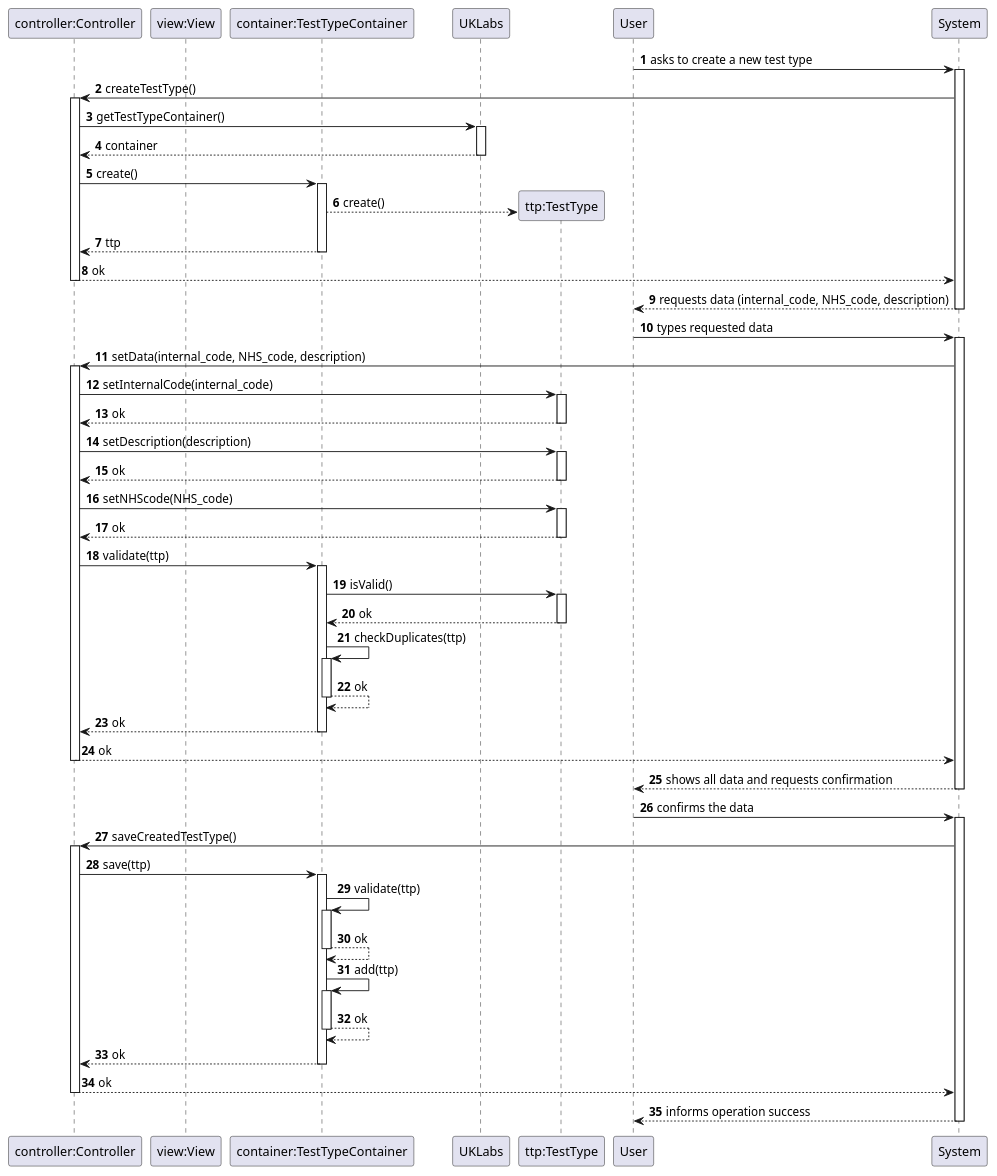
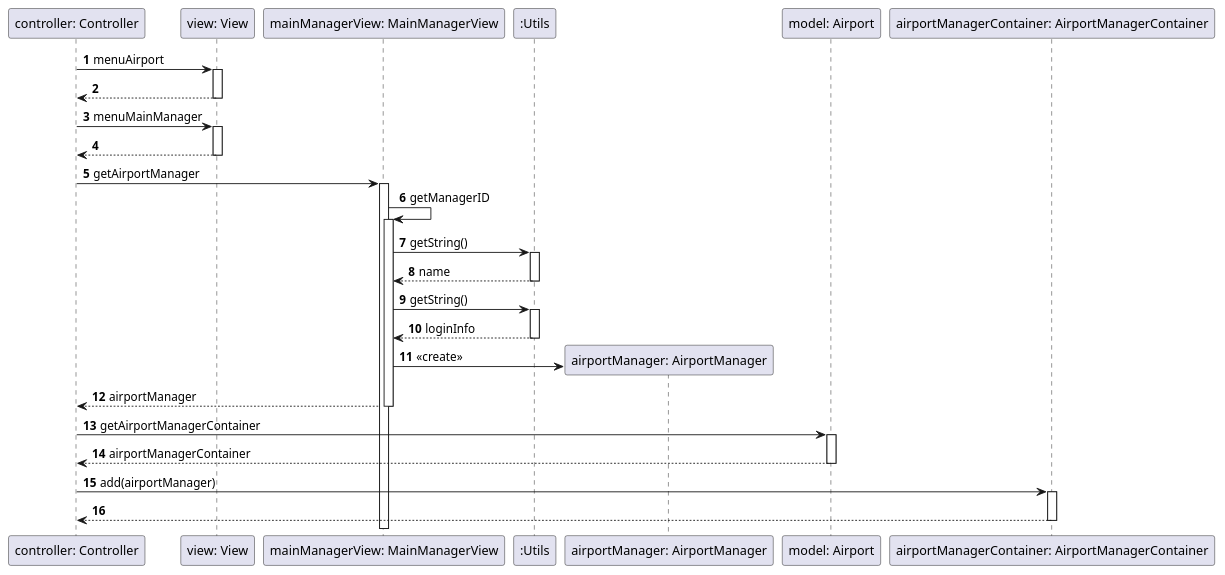
Before and after one commit to GCosta17/fsoft23: the diagram in SchoolApplication/Global Artifacts/SD/SD1_Create_Airport_Manager.puml, drawn with PlantUML.

```diff
--- a/SchoolApplication/Global Artifacts/SD/SD1_Create_Airport_Manager.puml
+++ b/SchoolApplication/Global Artifacts/SD/SD1_Create_Airport_Manager.puml
@@ -1,55 +1,36 @@
 @startuml
 
 autoactivate on
 autonumber
 
 
-participant "controller:Controller" as Ctrl
-participant "view:View" as View
-
-participant "container:TestTypeContainer" as Container
-participant "UKLabs" as UKLabs
-participant "ttp:TestType" as TestType
+participant "controller: Controller" as Ctrl
+participant "view: View" as View
+participant "mainManagerView: MainManagerView" as MainManagerView
+participant ":Utils" as Utils
+participant "airportManager: AirportManager" as AirportManager
+participant "model: Airport" as Airport
+participant "airportManagerContainer: AirportManagerContainer" as Container
 
 
+Ctrl -> View: menuAirport
+View --> Ctrl
+Ctrl -> View: menuMainManager
+View --> Ctrl
 
+Ctrl -> MainManagerView: getAirportManager
+MainManagerView -> MainManagerView: getManagerID
+MainManagerView -> Utils: getString()
+Utils --> MainManagerView: name
+MainManagerView -> Utils: getString()
+Utils --> MainManagerView: loginInfo
+MainManagerView -> AirportManager**: <<create>>
+MainManagerView --> Ctrl: airportManager
 
-User -> System: asks to create a new test type
-System -> Ctrl: createTestType()
-Ctrl -> UKLabs: getTestTypeContainer()
-UKLabs --> Ctrl: container
-Ctrl -> Container: create()
-Container --> TestType**: create()
-Container --> Ctrl: ttp
-Ctrl --> System: ok
-System --> User: requests data (internal_code, NHS_code, description)
+Ctrl -> Airport: getAirportManagerContainer
+Airport --> Ctrl: airportManagerContainer
 
-User -> System: types requested data
-System -> Ctrl: setData(internal_code, NHS_code, description)
-Ctrl -> TestType: setInternalCode(internal_code)
-TestType -->Ctrl: ok
-Ctrl -> TestType: setDescription(description)
-TestType --> Ctrl: ok
-Ctrl -> TestType: setNHScode(NHS_code)
-TestType --> Ctrl: ok
-Ctrl -> Container: validate(ttp)
-Container -> TestType: isValid()
-TestType --> Container: ok
-Container -> Container: checkDuplicates(ttp)
-Container --> Container : ok
-Container --> Ctrl: ok
-Ctrl --> System: ok
-System --> User: shows all data and requests confirmation
-
-User -> System: confirms the data
-System -> Ctrl: saveCreatedTestType()
-Ctrl -> Container: save(ttp)
-Container -> Container : validate(ttp)
-Container --> Container : ok
-Container -> Container: add(ttp)
-Container --> Container : ok
-Container --> Ctrl: ok
-Ctrl --> System: ok
-System --> User: informs operation success
+Ctrl -> Container: add(airportManager)
+Container --> Ctrl
 
 @enduml
```
